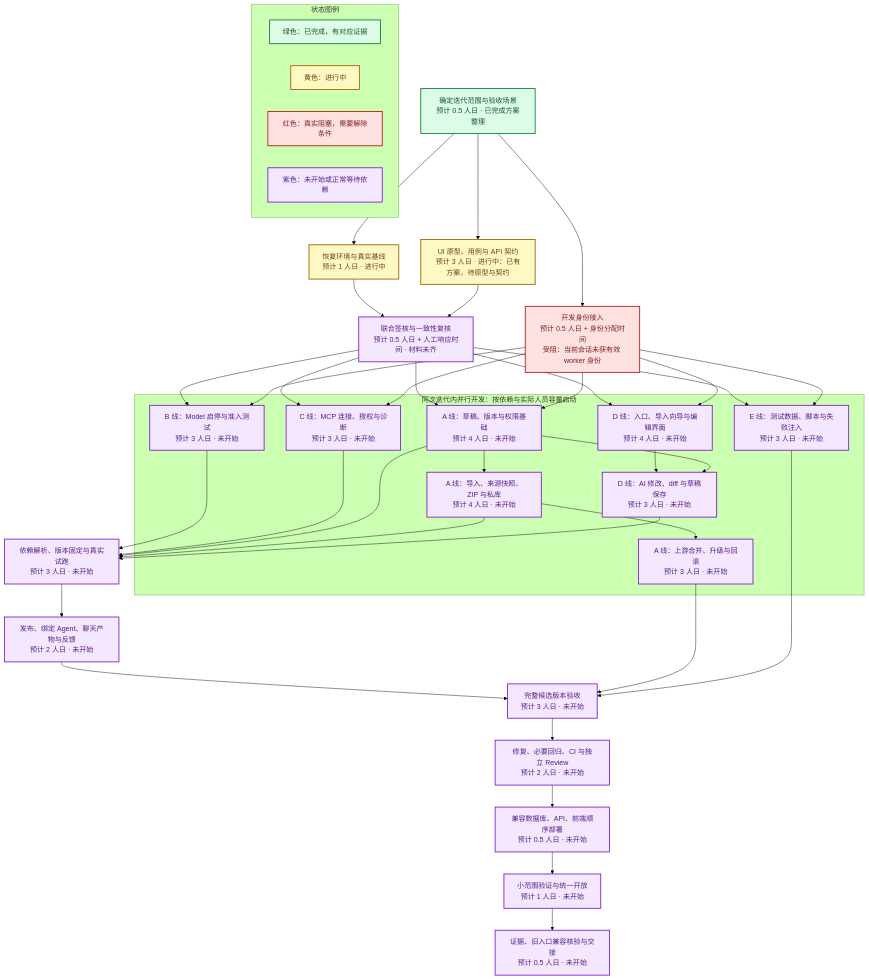
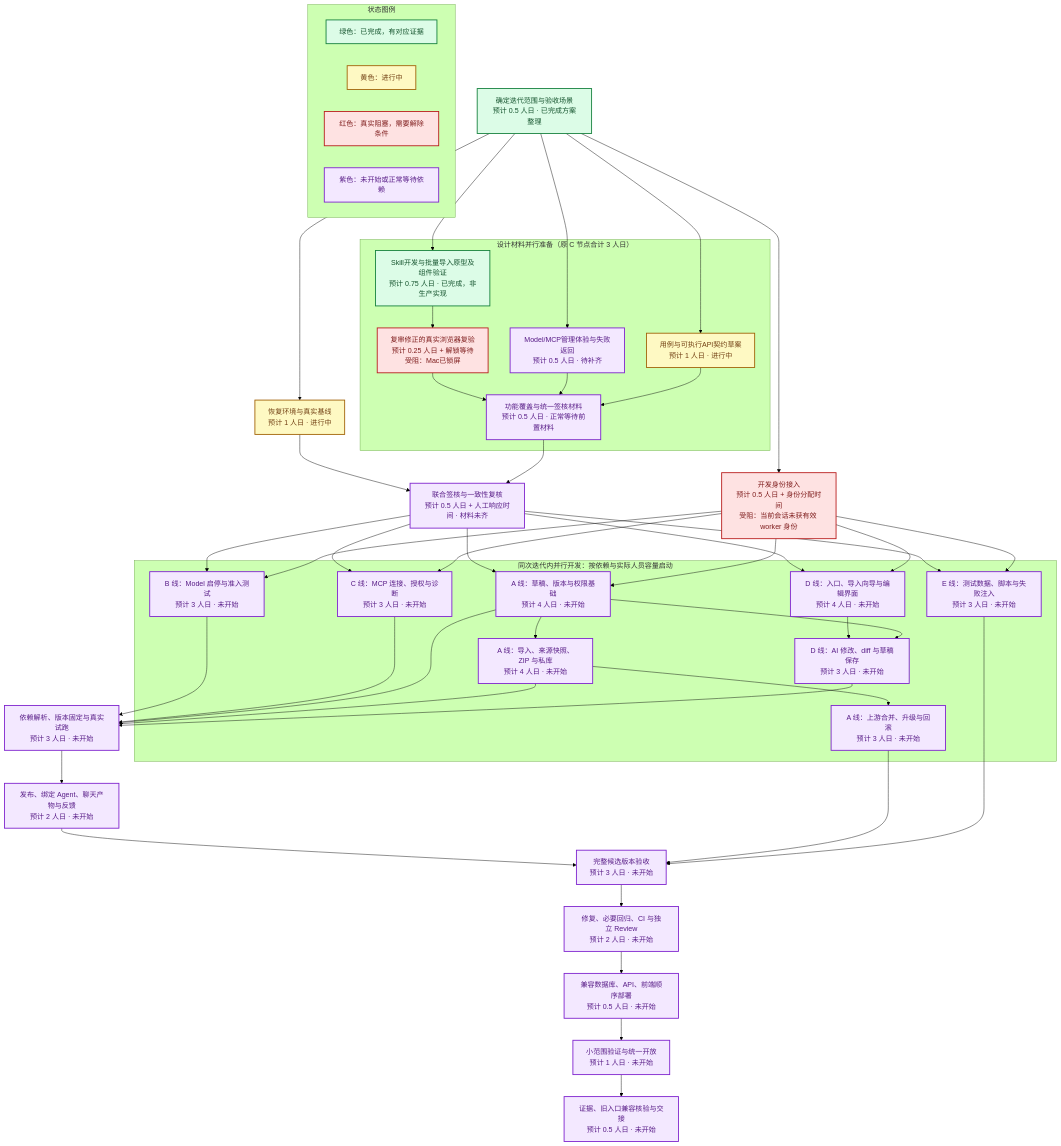
The diagram in docs/design/ai-capability-studio-e2e-plan-2026-09-09.md (boardx/workspacex), drawn with Mermaid (forest theme) before and after one commit. The commit also changed other lines of this file and 13 other files, not shown here.

````diff
--- a/docs/design/ai-capability-studio-e2e-plan-2026-09-09.md
+++ b/docs/design/ai-capability-studio-e2e-plan-2026-09-09.md
@@ -213,64 +213,76 @@
 ```mermaid
 flowchart TB
     A["确定迭代范围与验收场景<br/>预计 0.5 人日 · 已完成方案整理"]
     A --> B["恢复环境与真实基线<br/>预计 1 人日 · 进行中"]
-    A --> C["UI 原型、用例与 API 契约<br/>预计 3 人日 · 进行中：已有方案，待原型与契约"]
+    subgraph DESIGN["设计材料并行准备（原 C 节点合计 3 人日）"]
+        C1["Skill开发与批量导入原型及组件验证<br/>预计 0.75 人日 · 已完成，非生产实现"]
+        Y["复审修正的真实浏览器复验<br/>预计 0.25 人日 + 解锁等待<br/>受阻：Mac已锁屏"]
+        C2["Model/MCP管理体验与失败返回<br/>预计 0.5 人日 · 待补齐"]
+        C3["用例与可执行API契约草案<br/>预计 1 人日 · 进行中"]
+        C4["功能覆盖与统一签核材料<br/>预计 0.5 人日 · 正常等待前置材料"]
+        C1 --> Y --> C4
+        C2 --> C4
+        C3 --> C4
+    end
+    A --> C1
+    A --> C2
+    A --> C3
     B --> G["联合签核与一致性复核<br/>预计 0.5 人日 + 人工响应时间 · 材料未齐"]
-    C --> G
+    C4 --> G
 
     subgraph BUILD["同次迭代内并行开发：按依赖与实际人员容量启动"]
         D["A 线：草稿、版本与权限基础<br/>预计 4 人日 · 未开始"]
         I["A 线：导入、来源快照、ZIP 与私库<br/>预计 4 人日 · 未开始"]
         U["A 线：上游合并、升级与回滚<br/>预计 3 人日 · 未开始"]
         M["B 线：Model 启停与准入测试<br/>预计 3 人日 · 未开始"]
         P["C 线：MCP 连接、授权与诊断<br/>预计 3 人日 · 未开始"]
         F["D 线：入口、导入向导与编辑界面<br/>预计 4 人日 · 未开始"]
         E["D 线：AI 修改、diff 与草稿保存<br/>预计 3 人日 · 未开始"]
         T["E 线：测试数据、脚本与失败注入<br/>预计 3 人日 · 未开始"]
         D --> I --> U
         F --> E
         D --> E
     end
 
     G --> D
     G --> M
     G --> P
     G --> F
     G --> T
     M --> R["依赖解析、版本固定与真实试跑<br/>预计 3 人日 · 未开始"]
     P --> R
     D --> R
     I --> R
     E --> R
     R --> H["发布、绑定 Agent、聊天产物与反馈<br/>预计 2 人日 · 未开始"]
     H --> V["完整候选版本验收<br/>预计 3 人日 · 未开始"]
     U --> V
     T --> V
     V --> J["修复、必要回归、CI 与独立 Review<br/>预计 2 人日 · 未开始"]
     J --> K["兼容数据库、API、前端顺序部署<br/>预计 0.5 人日 · 未开始"]
     K --> L["小范围验证与统一开放<br/>预计 1 人日 · 未开始"]
     L --> Z["证据、旧入口兼容核验与交接<br/>预计 0.5 人日 · 未开始"]
 
     X["开发身份接入<br/>预计 0.5 人日 + 身份分配时间<br/>受阻：当前会话未获有效 worker 身份"]
     A --> X
     X --> D
     X --> M
     X --> P
     X --> F
     X --> T
 
     subgraph LEGEND["状态图例"]
         LG["绿色：已完成，有对应证据"]
         LY["黄色：进行中"]
         LR["红色：真实阻塞，需要解除条件"]
         LP["紫色：未开始或正常等待依赖"]
     end
     classDef done fill:#dcfce7,stroke:#15803d,color:#14532d,stroke-width:2px;
     classDef active fill:#fef9c3,stroke:#a16207,color:#713f12,stroke-width:2px;
     classDef blocked fill:#fee2e2,stroke:#b91c1c,color:#7f1d1d,stroke-width:2px;
     classDef pending fill:#f3e8ff,stroke:#7e22ce,color:#581c87,stroke-width:2px;
-    class A,LG done;
-    class B,C,LY active;
-    class X,LR blocked;
-    class G,D,I,U,M,P,F,E,T,R,H,V,J,K,L,Z,LP pending;
+    class A,C1,LG done;
+    class B,C3,LY active;
+    class X,Y,LR blocked;
+    class C2,C4,G,D,I,U,M,P,F,E,T,R,H,V,J,K,L,Z,LP pending;
 ```
````
